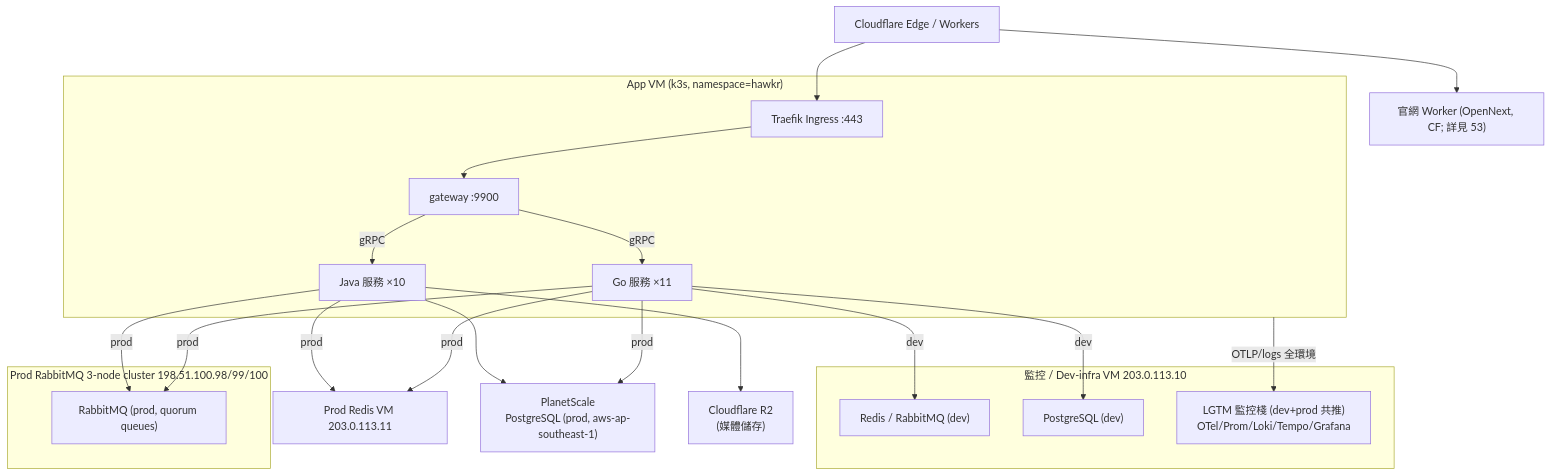
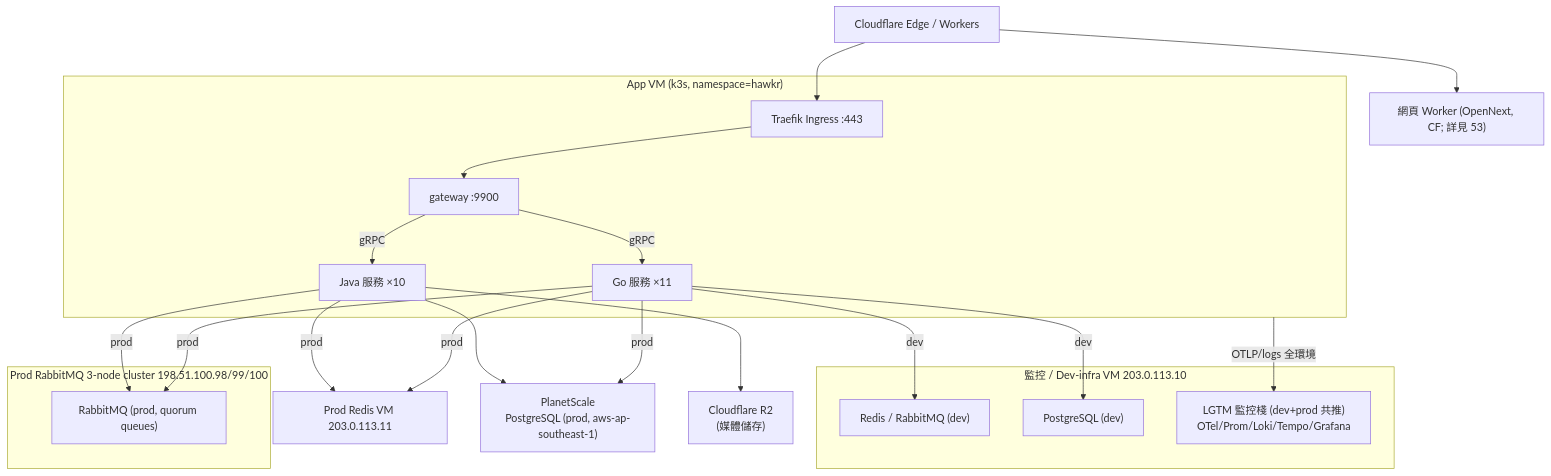
One commit to Will413028/hawkr changed the third of 12 diagrams in backend/docs/基礎建設/系統架構與資料流向.md. Above: the diagram before and after it, drawn with Mermaid. The commit also changed other lines of this file and 64 other files, not shown here.

````diff
--- a/backend/docs/基礎建設/系統架構與資料流向.md
+++ b/backend/docs/基礎建設/系統架構與資料流向.md
@@ -192,44 +192,44 @@
 ```mermaid
 flowchart TB
     cf["Cloudflare Edge / Workers"]
 
     subgraph appvm["App VM (k3s, namespace=hawkr)"]
         traefik["Traefik Ingress :443"]
         gw["gateway :9900"]
         gosvc["Go 服務 ×11"]
         javasvc["Java 服務 ×10"]
         traefik --> gw
         gw -->|gRPC| gosvc
         gw -->|gRPC| javasvc
     end
 
     subgraph devinfra["監控 / Dev-infra VM 203.0.113.10"]
         redisdev["Redis / RabbitMQ (dev)"]
         pgdev["PostgreSQL (dev)"]
         lgtm["LGTM 監控棧 (dev+prod 共推)<br/>OTel/Prom/Loki/Tempo/Grafana"]
     end
 
     subgraph prodmq["Prod RabbitMQ 3-node cluster 198.51.100.98/99/100"]
         mqprod["RabbitMQ (prod, quorum queues)"]
     end
 
     redisprod["Prod Redis VM 203.0.113.11"]
 
 
     rds["PlanetScale<br/>PostgreSQL (prod, aws-ap-southeast-1)"]
     r2["Cloudflare R2<br/>(媒體儲存)"]
-    webworker["官網 Worker (OpenNext, CF; 詳見 53)"]
+    webworker["網頁 Worker (OpenNext, CF; 詳見 53)"]
 
     cf --> traefik
     cf --> webworker
     gosvc -->|prod| redisprod
     javasvc -->|prod| redisprod
     gosvc -->|prod| mqprod
     javasvc -->|prod| mqprod
     gosvc -->|dev| redisdev
     gosvc -->|dev| pgdev
     gosvc -->|prod| rds
     javasvc --> rds
     appvm -->|OTLP/logs 全環境| lgtm
     javasvc --> r2
 ```
````
